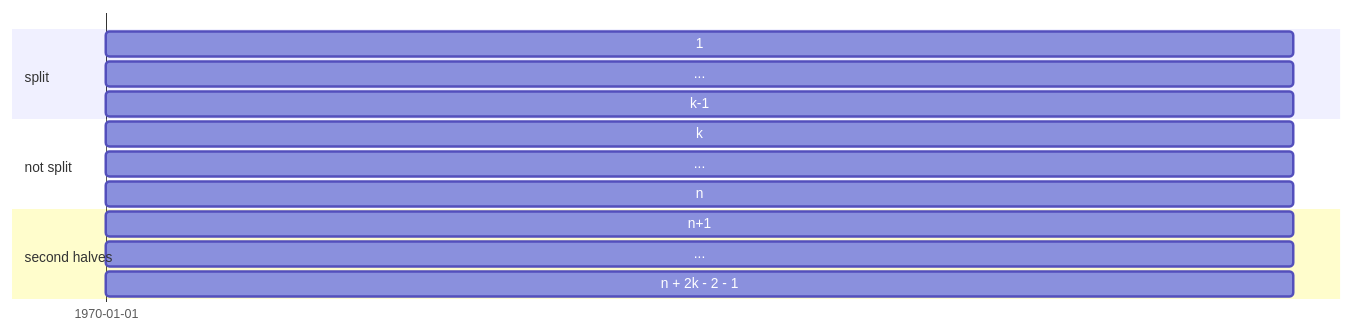
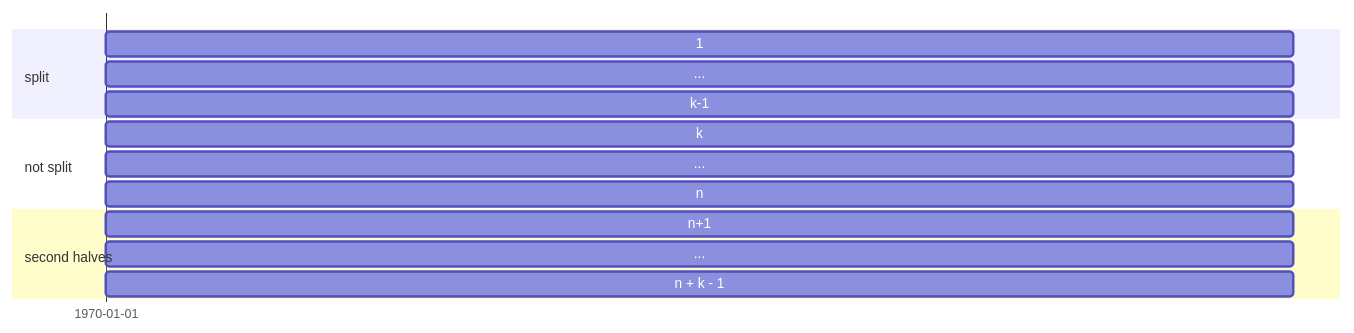
One commit to bowl-of-rais/SoSe2024 changed the second of 2 diagrams in notes/DBS + moderne CPU-Architekturen/Summary/Details/Hashing/Linear Hashing.md. Above: the diagram before and after it, drawn with Mermaid. The commit also changed 22 other files, not shown here.

````diff
--- a/notes/DBS + moderne CPU-Architekturen/Summary/Details/Hashing/Linear Hashing.md
+++ b/notes/DBS + moderne CPU-Architekturen/Summary/Details/Hashing/Linear Hashing.md
@@ -14,17 +14,17 @@
 ```mermaid
 gantt
     dateFormat X
     tickInterval 1day
     section  split
     1   : 0, 1
     ...   : 0, 1
     k-1  : 0, 1
 	section not split
 	k: 0, 1
 	...: 0, 1
 	n : 0, 1
 	section second halves
 	n+1: 0, 1
 	...: 0, 1
-	n + 2k - 2 - 1: 0, 1
+	n + k - 1: 0, 1
 ```
````
